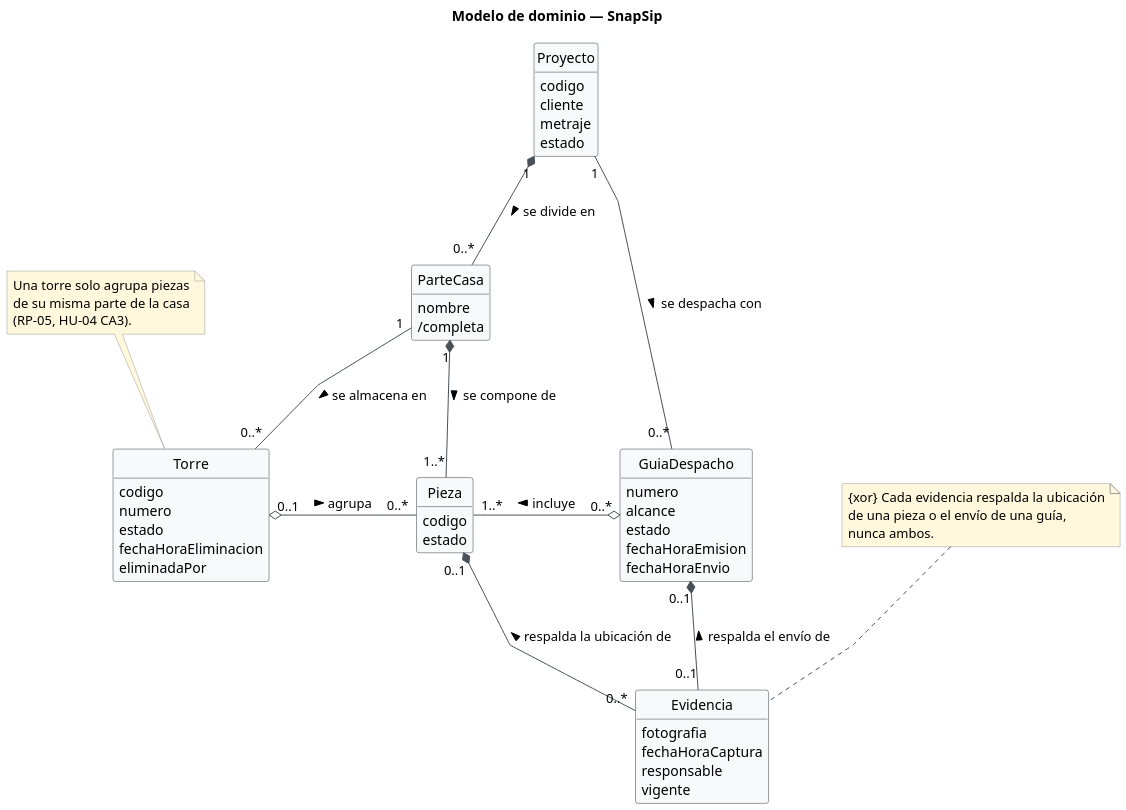
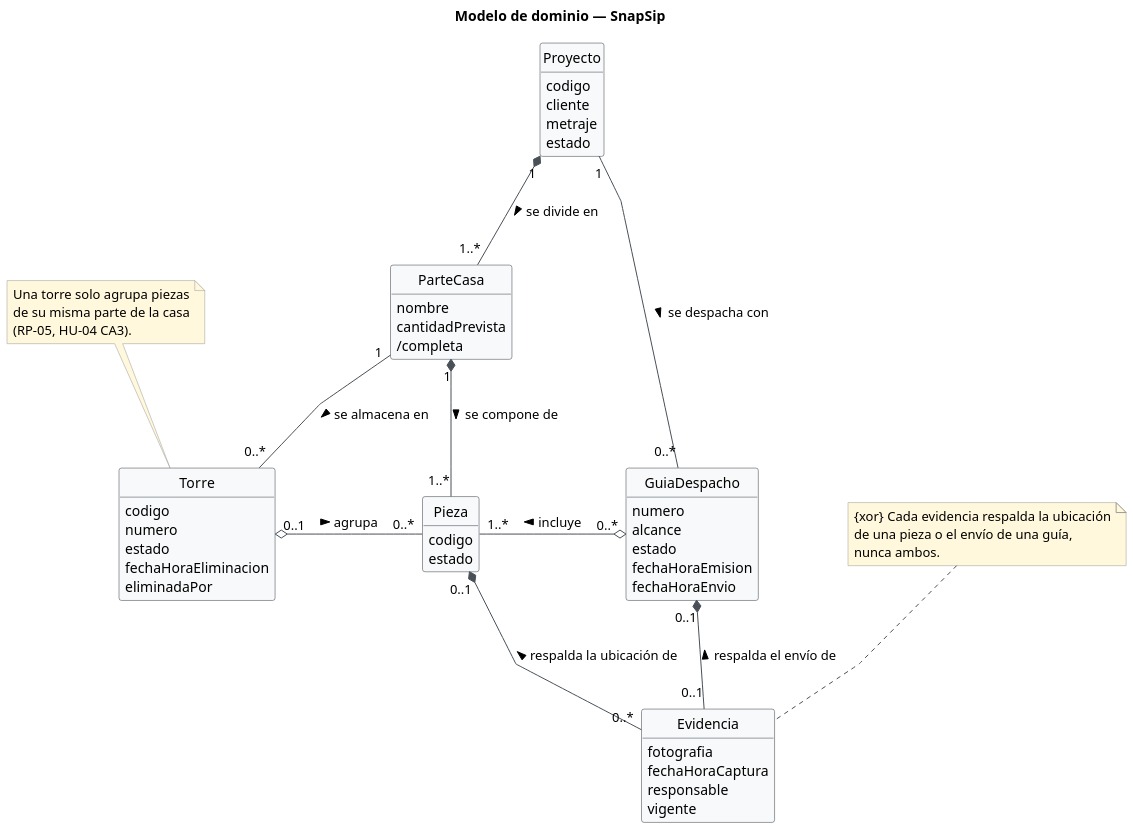
One commit to Foyzen-Kaze/snapsip changed the diagram in diagramas/modelo-de-dominio.puml. Above: the diagram before and after it, drawn with PlantUML. The commit also changed 34 other files, not shown here.

```diff
--- a/diagramas/modelo-de-dominio.puml
+++ b/diagramas/modelo-de-dominio.puml
@@ -1,85 +1,86 @@
 @startuml modelo-dominio
 hide methods
 hide circle
 hide empty members
 skinparam classAttributeIconSize 0
 skinparam dpi 150
 skinparam linetype polyline
 skinparam nodesep 90
 skinparam ranksep 90
 skinparam shadowing false
 
 skinparam class {
     BackgroundColor #F8F9FA
     BorderColor #343A40
     ArrowColor #495057
 }
 skinparam note {
     BackgroundColor #FFF8DC
     BorderColor #999999
 }
 
 title Modelo de dominio — SnapSip
 
 class Proyecto {
   codigo
   cliente
   metraje
   estado
 }
 
 class ParteCasa {
   nombre
+  cantidadPrevista
   /completa
 }
 
 class Pieza {
   codigo
   estado
 }
 
 class Torre {
   codigo
   numero
   estado
   fechaHoraEliminacion
   eliminadaPor
 }
 
 class GuiaDespacho {
   numero
   alcance
   estado
   fechaHoraEmision
   fechaHoraEnvio
 }
 
 class Evidencia {
   fotografia
   fechaHoraCaptura
   responsable
   vigente
 }
 
 ' Composición: ciclo de vida dependiente
-Proyecto "1" *-down- "0..*" ParteCasa : se divide en >
+Proyecto "1" *-down- "1..*" ParteCasa : se divide en >
 ParteCasa "1" *-down- "1..*" Pieza : se compone de >
 Pieza "0..1" *-down- "0..*" Evidencia : respalda la ubicación de <
 GuiaDespacho "0..1" *-down- "0..1" Evidencia : respalda el envío de <
 
 ' Agregación: agrupación física o documental temporal
 Torre "0..1" o-right- "0..*" Pieza : agrupa >
 GuiaDespacho "0..*" o-left- "1..*" Pieza : incluye >
 
 ' Asociaciones simples
 ParteCasa "1" -down- "0..*" Torre : se almacena en >
 Proyecto "1" -right- "0..*" GuiaDespacho : se despacha con >
 
 ' Restricciones que la multiplicidad no expresa
 note "Una torre solo agrupa piezas\nde su misma parte de la casa\n(RP-05, HU-04 CA3)." as N1
 N1 .. Torre
 
 note "{xor} Cada evidencia respalda la ubicación\nde una pieza o el envío de una guía,\nnunca ambos." as N2
 N2 .. Evidencia
 
 @enduml
```
